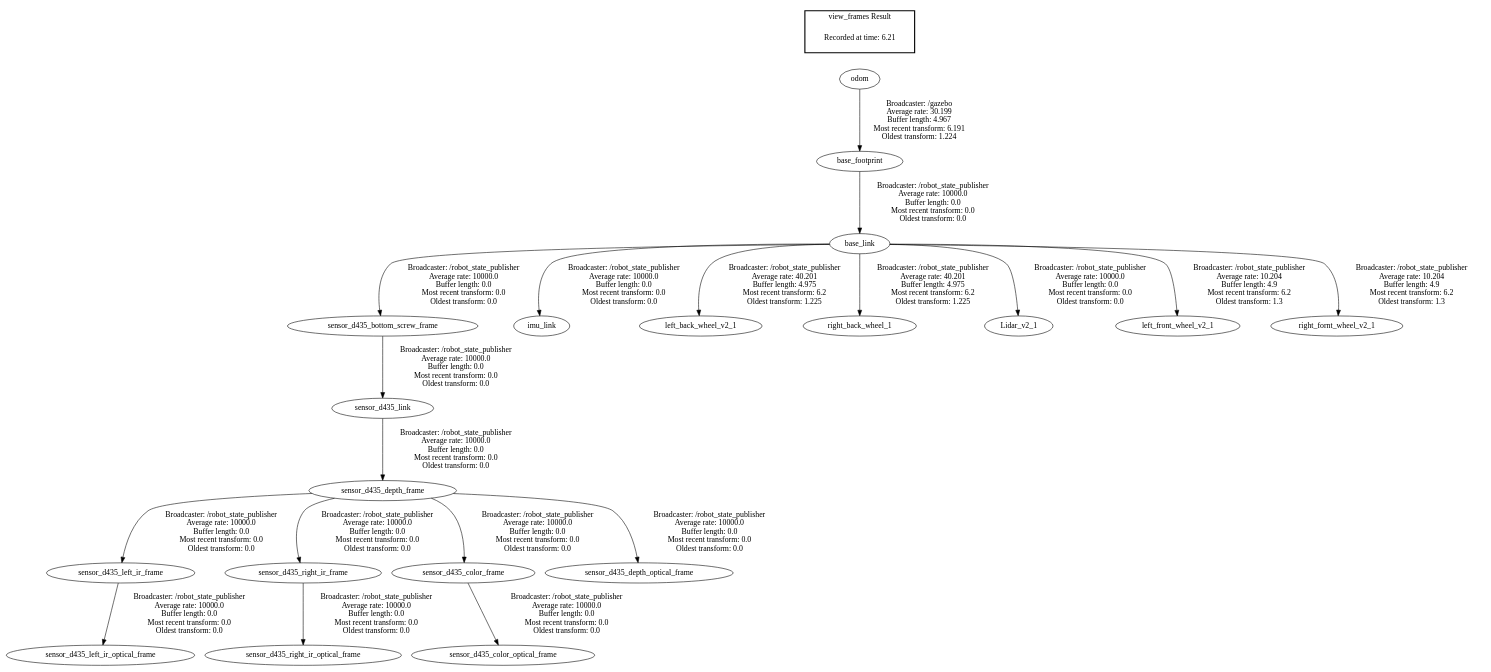
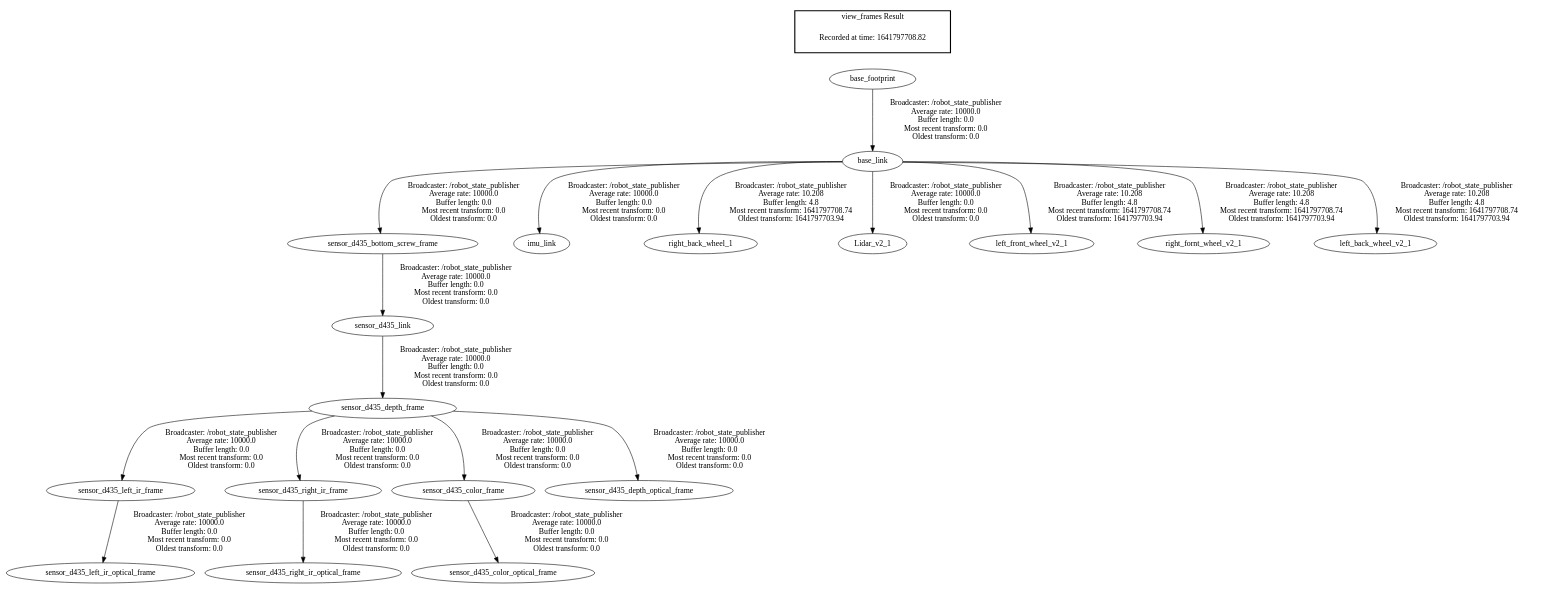
Before and after one commit to earthtennison/robocup-navigation: the diagram in non_ws/frames.gv, drawn with Graphviz. The commit also changed 29 other files, not shown here.

```diff
--- a/non_ws/frames.gv
+++ b/non_ws/frames.gv
@@ -1,24 +1,23 @@
 digraph G {
 "sensor_d435_bottom_screw_frame" -> "sensor_d435_link"[label=" Broadcaster: /robot_state_publisher\nAverage rate: 10000.0\nBuffer length: 0.0\nMost recent transform: 0.0\nOldest transform: 0.0\n"];
 "sensor_d435_left_ir_frame" -> "sensor_d435_left_ir_optical_frame"[label=" Broadcaster: /robot_state_publisher\nAverage rate: 10000.0\nBuffer length: 0.0\nMost recent transform: 0.0\nOldest transform: 0.0\n"];
 "sensor_d435_depth_frame" -> "sensor_d435_right_ir_frame"[label=" Broadcaster: /robot_state_publisher\nAverage rate: 10000.0\nBuffer length: 0.0\nMost recent transform: 0.0\nOldest transform: 0.0\n"];
 "base_link" -> "imu_link"[label=" Broadcaster: /robot_state_publisher\nAverage rate: 10000.0\nBuffer length: 0.0\nMost recent transform: 0.0\nOldest transform: 0.0\n"];
 "sensor_d435_color_frame" -> "sensor_d435_color_optical_frame"[label=" Broadcaster: /robot_state_publisher\nAverage rate: 10000.0\nBuffer length: 0.0\nMost recent transform: 0.0\nOldest transform: 0.0\n"];
 "sensor_d435_right_ir_frame" -> "sensor_d435_right_ir_optical_frame"[label=" Broadcaster: /robot_state_publisher\nAverage rate: 10000.0\nBuffer length: 0.0\nMost recent transform: 0.0\nOldest transform: 0.0\n"];
 "base_link" -> "sensor_d435_bottom_screw_frame"[label=" Broadcaster: /robot_state_publisher\nAverage rate: 10000.0\nBuffer length: 0.0\nMost recent transform: 0.0\nOldest transform: 0.0\n"];
-"base_link" -> "left_back_wheel_v2_1"[label=" Broadcaster: /robot_state_publisher\nAverage rate: 40.201\nBuffer length: 4.975\nMost recent transform: 6.2\nOldest transform: 1.225\n"];
 "sensor_d435_depth_frame" -> "sensor_d435_depth_optical_frame"[label=" Broadcaster: /robot_state_publisher\nAverage rate: 10000.0\nBuffer length: 0.0\nMost recent transform: 0.0\nOldest transform: 0.0\n"];
 "sensor_d435_depth_frame" -> "sensor_d435_color_frame"[label=" Broadcaster: /robot_state_publisher\nAverage rate: 10000.0\nBuffer length: 0.0\nMost recent transform: 0.0\nOldest transform: 0.0\n"];
 "sensor_d435_link" -> "sensor_d435_depth_frame"[label=" Broadcaster: /robot_state_publisher\nAverage rate: 10000.0\nBuffer length: 0.0\nMost recent transform: 0.0\nOldest transform: 0.0\n"];
 "base_footprint" -> "base_link"[label=" Broadcaster: /robot_state_publisher\nAverage rate: 10000.0\nBuffer length: 0.0\nMost recent transform: 0.0\nOldest transform: 0.0\n"];
 "sensor_d435_depth_frame" -> "sensor_d435_left_ir_frame"[label=" Broadcaster: /robot_state_publisher\nAverage rate: 10000.0\nBuffer length: 0.0\nMost recent transform: 0.0\nOldest transform: 0.0\n"];
-"base_link" -> "right_back_wheel_1"[label=" Broadcaster: /robot_state_publisher\nAverage rate: 40.201\nBuffer length: 4.975\nMost recent transform: 6.2\nOldest transform: 1.225\n"];
+"base_link" -> "right_back_wheel_1"[label=" Broadcaster: /robot_state_publisher\nAverage rate: 10.208\nBuffer length: 4.8\nMost recent transform: 1641797708.74\nOldest transform: 1641797703.94\n"];
 "base_link" -> "Lidar_v2_1"[label=" Broadcaster: /robot_state_publisher\nAverage rate: 10000.0\nBuffer length: 0.0\nMost recent transform: 0.0\nOldest transform: 0.0\n"];
-"base_link" -> "left_front_wheel_v2_1"[label=" Broadcaster: /robot_state_publisher\nAverage rate: 10.204\nBuffer length: 4.9\nMost recent transform: 6.2\nOldest transform: 1.3\n"];
-"base_link" -> "right_fornt_wheel_v2_1"[label=" Broadcaster: /robot_state_publisher\nAverage rate: 10.204\nBuffer length: 4.9\nMost recent transform: 6.2\nOldest transform: 1.3\n"];
-"odom" -> "base_footprint"[label=" Broadcaster: /gazebo\nAverage rate: 30.199\nBuffer length: 4.967\nMost recent transform: 6.191\nOldest transform: 1.224\n"];
+"base_link" -> "left_front_wheel_v2_1"[label=" Broadcaster: /robot_state_publisher\nAverage rate: 10.208\nBuffer length: 4.8\nMost recent transform: 1641797708.74\nOldest transform: 1641797703.94\n"];
+"base_link" -> "right_fornt_wheel_v2_1"[label=" Broadcaster: /robot_state_publisher\nAverage rate: 10.208\nBuffer length: 4.8\nMost recent transform: 1641797708.74\nOldest transform: 1641797703.94\n"];
+"base_link" -> "left_back_wheel_v2_1"[label=" Broadcaster: /robot_state_publisher\nAverage rate: 10.208\nBuffer length: 4.8\nMost recent transform: 1641797708.74\nOldest transform: 1641797703.94\n"];
 edge [style=invis];
  subgraph cluster_legend { style=bold; color=black; label ="view_frames Result";
-"Recorded at time: 6.21"[ shape=plaintext ] ;
-}->"odom";
+"Recorded at time: 1641797708.82"[ shape=plaintext ] ;
+}->"base_footprint";
 }
```
